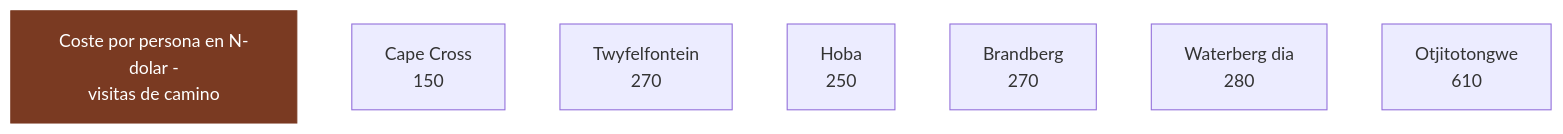
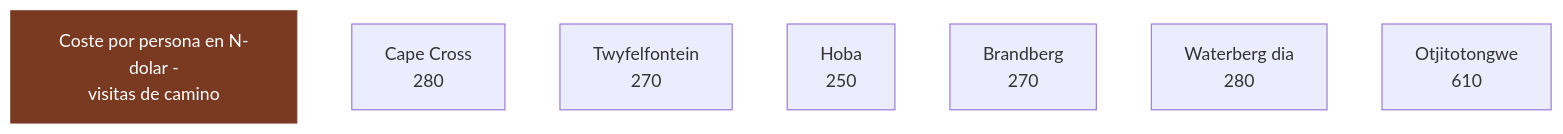
Before and after one commit to morandeirachema/namibia: the second of 2 diagrams in 11-entradas-y-permisos.md, drawn with Mermaid. The commit also changed other lines of this file and 13 other files, not shown here.

````diff
--- a/11-entradas-y-permisos.md
+++ b/11-entradas-y-permisos.md
@@ -326,17 +327,17 @@
 ```mermaid
 flowchart LR
     T["Coste por persona en N-dolar -<br/>visitas de camino"]
-    n0["Cape Cross<br/>150"]
+    n0["Cape Cross<br/>280"]
     nT["Twyfelfontein<br/>270"]
     n1["Hoba<br/>250"]
     n2["Brandberg<br/>270"]
     n3["Waterberg dia<br/>280"]
     n4["Otjitotongwe<br/>610"]
     T ~~~ n0
     n0 ~~~ nT
     nT ~~~ n1
     n1 ~~~ n2
     n2 ~~~ n3
     n3 ~~~ n4
     style T fill:#7a3a22,color:#fff,stroke:#7a3a22
 ```
````
